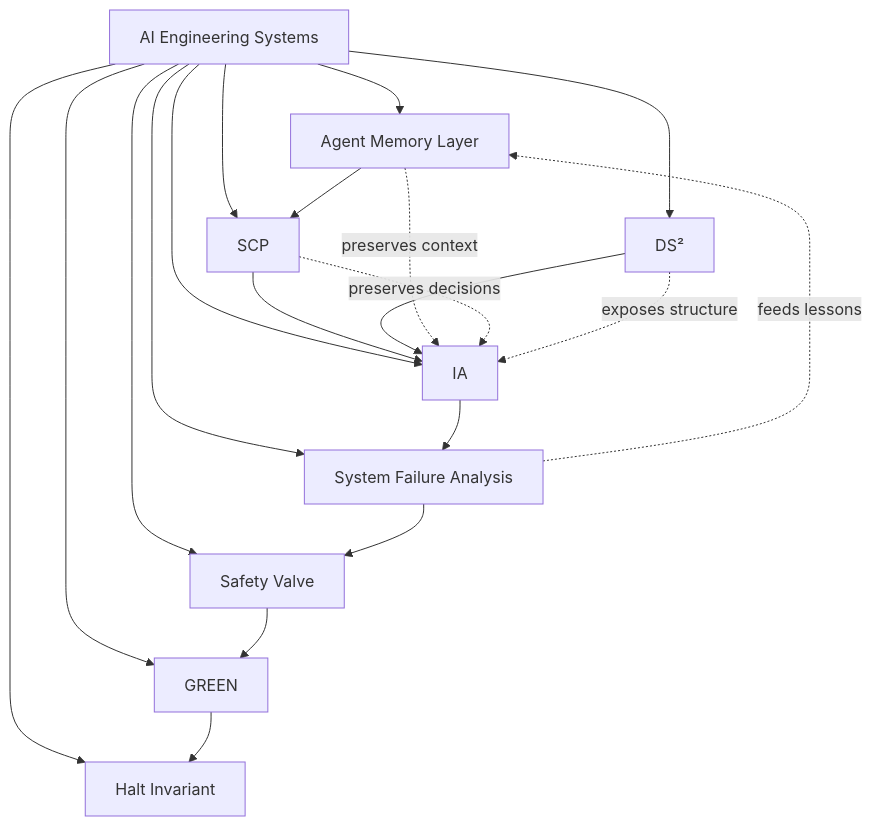
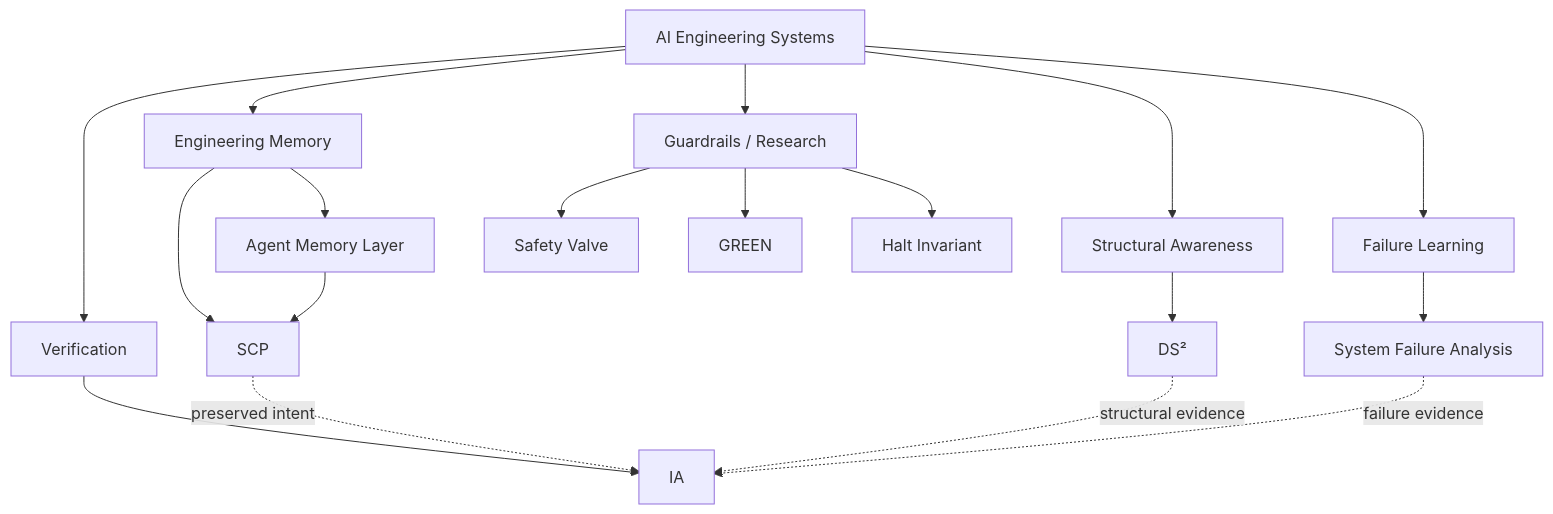
The diagram in assets/architecture.mmd (ragnarok268/ai-engineering-systems), drawn with Mermaid before and after one commit. The commit also changed 5 other files, not shown here.

Commit message:
Improve hiring review flow for AI engineering systems hub

```diff
--- a/assets/architecture.mmd
+++ b/assets/architecture.mmd
@@ -1,22 +1,23 @@
 flowchart TD
-    A[AI Engineering Systems] --> B[Agent Memory Layer]
-    A --> C[SCP]
-    A --> D[IA]
-    A --> E[DS²]
-    A --> F[System Failure Analysis]
-    A --> G[Safety Valve]
-    A --> H[GREEN]
-    A --> I[Halt Invariant]
+    A[AI Engineering Systems] --> B[Engineering Memory]
+    B --> C[Agent Memory Layer]
+    B --> D[SCP]
 
-    B --> C
+    A --> E[Verification]
+    E --> F[IA]
+
+    A --> G[Structural Awareness]
+    G --> H[DS²]
+
+    A --> I[Failure Learning]
+    I --> J[System Failure Analysis]
+
+    A --> K[Guardrails / Research]
+    K --> L[Safety Valve]
+    K --> M[GREEN]
+    K --> N[Halt Invariant]
+
     C --> D
-    E --> D
-    D --> F
-    F --> G
-    G --> H
-    H --> I
-
-    B -. preserves context .-> D
-    C -. preserves decisions .-> D
-    E -. exposes structure .-> D
-    F -. feeds lessons .-> B
+    D -. preserved intent .-> F
+    H -. structural evidence .-> F
+    J -. failure evidence .-> F
```
